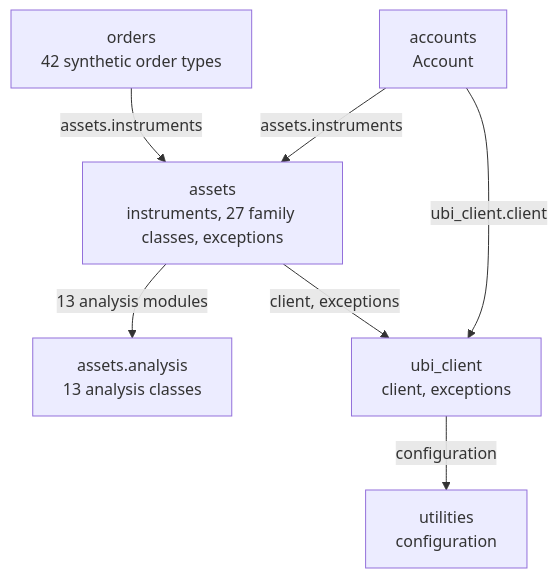
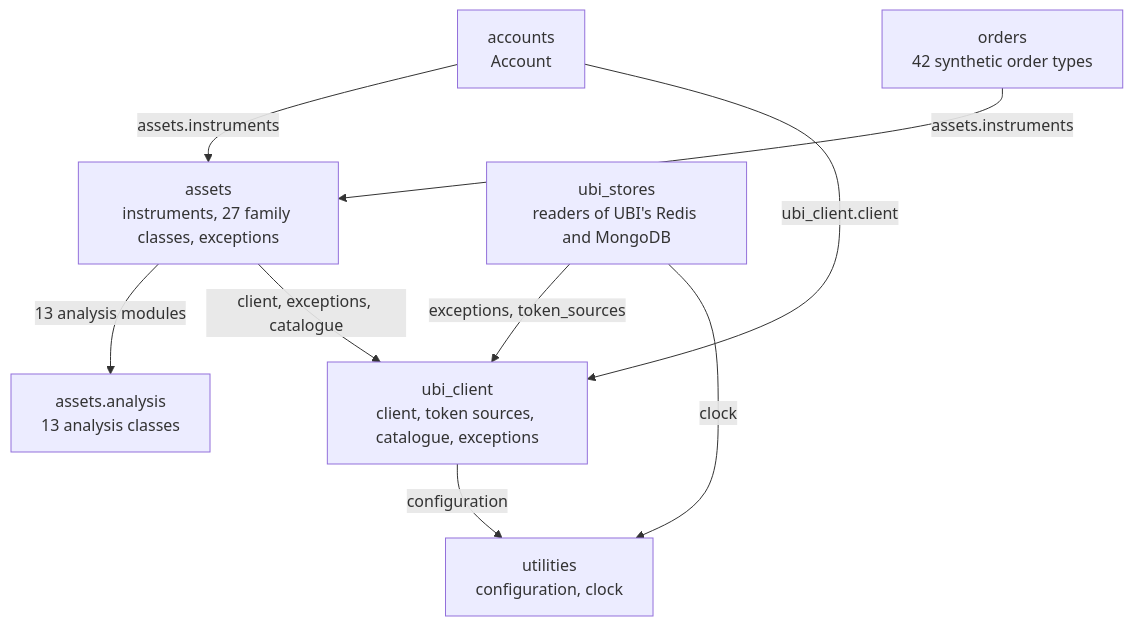
Before and after one commit to pramodathani/tradingmachine: the diagram in docs/project/structure.md, drawn with Mermaid. The commit also changed other lines of this file and 18 other files, not shown here.

First line of the commit message:
Document token sources, the read-only market data classes, ubi_stores and CandleFrameAnalysis

````diff
--- a/docs/project/structure.md
+++ b/docs/project/structure.md
@@ -115,15 +131,18 @@
 ```mermaid
 flowchart TB
     AC["accounts<br/>Account"]
     OR["orders<br/>42 synthetic order types"]
     AS["assets<br/>instruments, 27 family classes, exceptions"]
     AN["assets.analysis<br/>13 analysis classes"]
-    UC["ubi_client<br/>client, exceptions"]
-    UT["utilities<br/>configuration"]
+    UC["ubi_client<br/>client, token sources, catalogue, exceptions"]
+    US["ubi_stores<br/>readers of UBI's Redis and MongoDB"]
+    UT["utilities<br/>configuration, clock"]
     AC -->|"assets.instruments"| AS
     AC -->|"ubi_client.client"| UC
     OR -->|"assets.instruments"| AS
     AS -->|"13 analysis modules"| AN
-    AS -->|"client, exceptions"| UC
+    AS -->|"client, exceptions, catalogue"| UC
+    US -->|"exceptions, token_sources"| UC
+    US -->|"clock"| UT
     UC -->|"configuration"| UT
 ```
````
